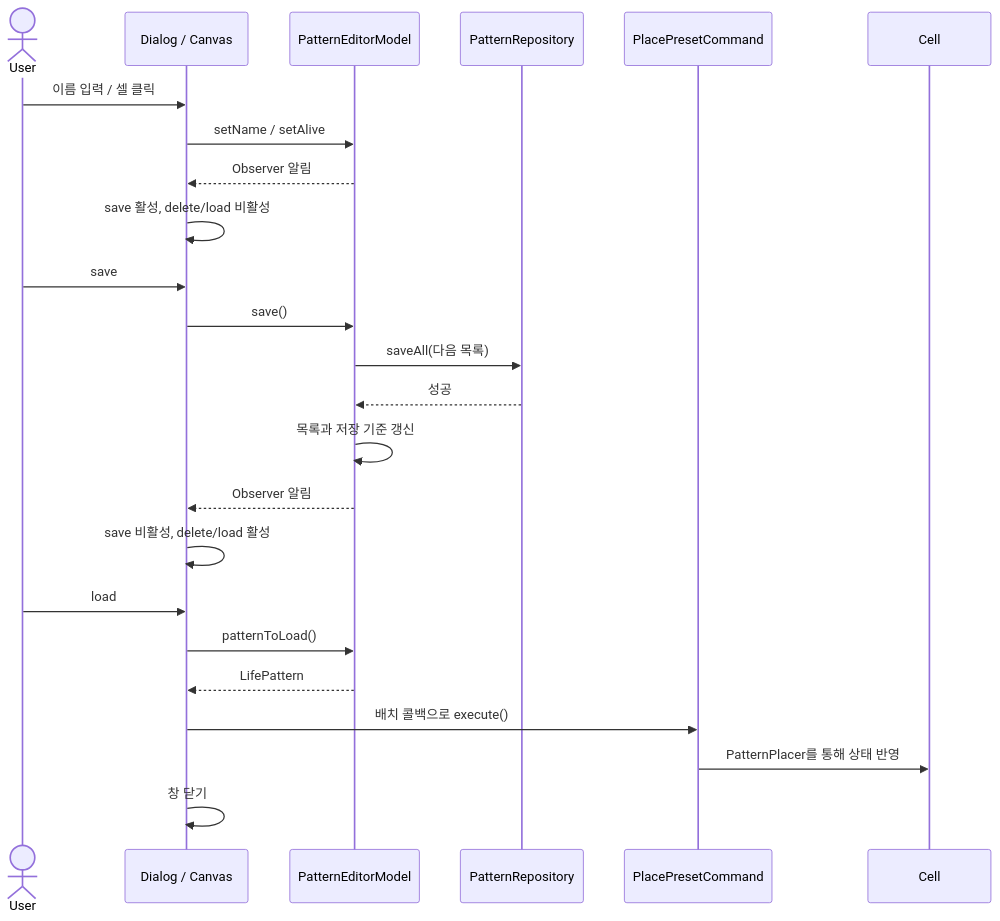
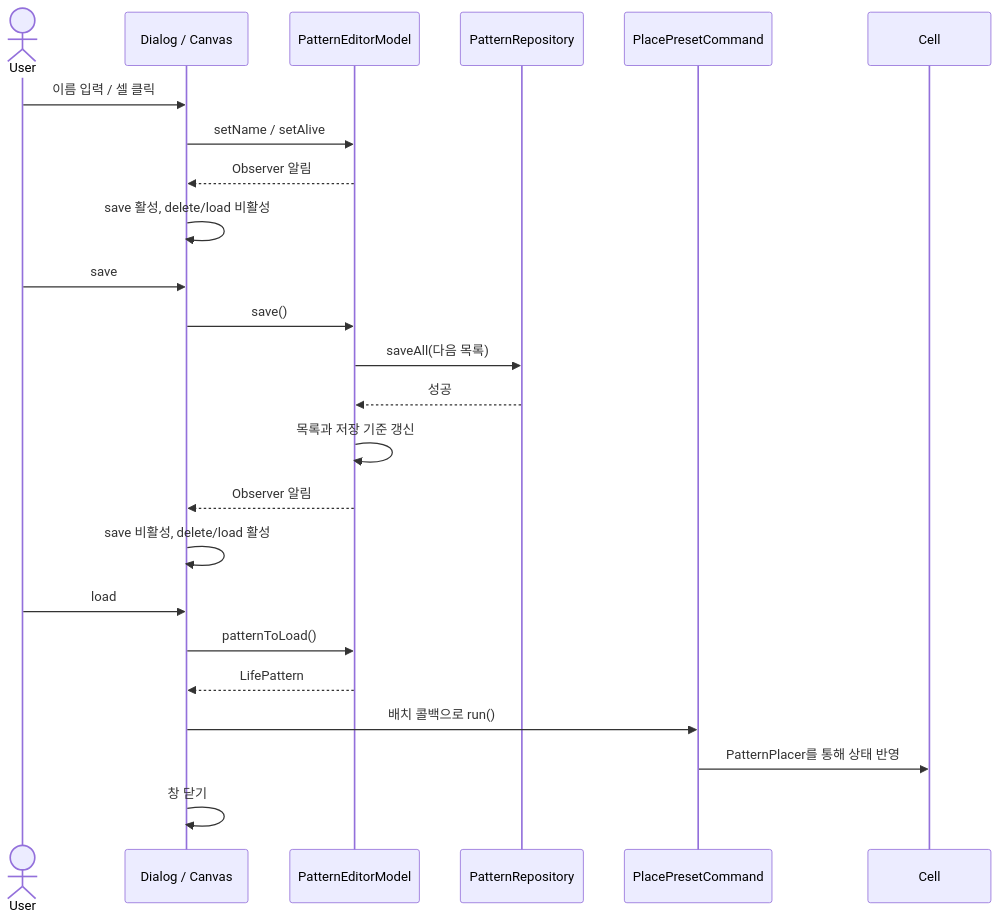
One commit to DesignPattern-26-2/Life-Game changed the second of 2 diagrams in docs/pattern-library.md. Above: the diagram before and after it, drawn with Mermaid.

Commit message:
docs: pattern-library.md의 시퀀스에서 배치 명령 호출을 run()으로 수정
fb8c3a0에서 PlacePresetCommand의 execute()가 run()이 되었는데 시퀀스 다이어그램의 한 줄이 남아 있었다.

````diff
--- a/docs/pattern-library.md
+++ b/docs/pattern-library.md
@@ -171,26 +171,26 @@
 ```mermaid
 sequenceDiagram
     actor User
     participant UI as Dialog / Canvas
     participant Model as PatternEditorModel
     participant Repo as PatternRepository
     participant Command as PlacePresetCommand
     participant Board as Cell
     User->>UI: 이름 입력 / 셀 클릭
     UI->>Model: setName / setAlive
     Model-->>UI: Observer 알림
     UI->>UI: save 활성, delete/load 비활성
     User->>UI: save
     UI->>Model: save()
     Model->>Repo: saveAll(다음 목록)
     Repo-->>Model: 성공
     Model->>Model: 목록과 저장 기준 갱신
     Model-->>UI: Observer 알림
     UI->>UI: save 비활성, delete/load 활성
     User->>UI: load
     UI->>Model: patternToLoad()
     Model-->>UI: LifePattern
-    UI->>Command: 배치 콜백으로 execute()
+    UI->>Command: 배치 콜백으로 run()
     Command->>Board: PatternPlacer를 통해 상태 반영
     UI->>UI: 창 닫기
 ```
````
